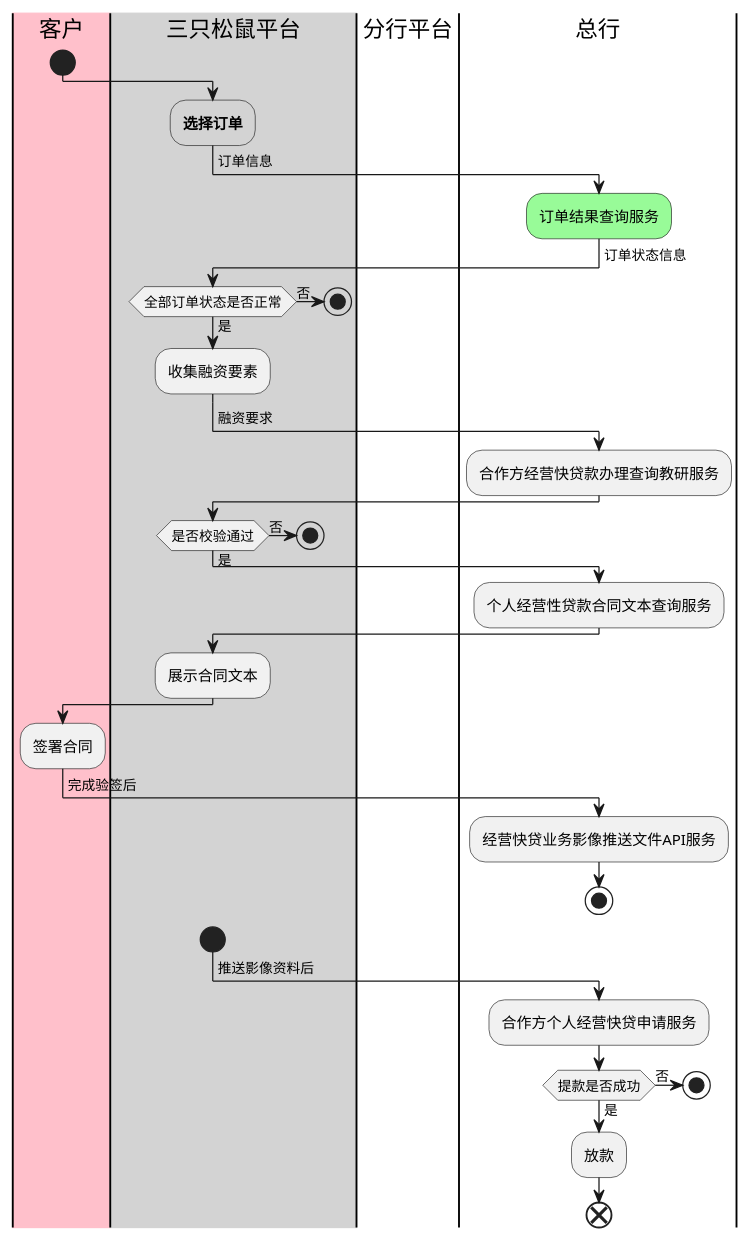
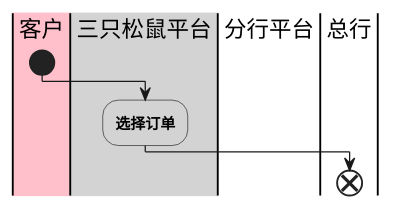
Before and after one commit to zhaoshg/javatest: the diagram in plantuml/Swimlanes.puml, drawn with PlantUML. The commit also changed 1 other file, not shown here.

```diff
--- a/plantuml/Swimlanes.puml
+++ b/plantuml/Swimlanes.puml
@@ -1,61 +1,61 @@
 @startuml
 |#pink|客户|
 start
 
 |#lightgray|三只松鼠平台|
 #lightgray:**选择订单**;
 
 |分行平台|
 
 |总行|
--> 订单信息;
- #palegreen:订单结果查询服务;
-
-|三只松鼠平台|
--> 订单状态信息;
-if(全部订单状态是否正常) then (否)
-    stop
-else (是)
-    :收集融资要素;
-endif
-
-
-|总行|
--> 融资要求;
-:合作方经营快贷款办理查询教研服务;
-
-
-|三只松鼠平台|
-if(是否校验通过) then (否)
-    stop;
-else (是)
-
-|总行|
-:个人经营性贷款合同文本查询服务;
-endif
-
-|三只松鼠平台|
-:展示合同文本;
-
-|客户|
-:签署合同;
-
-|总行|
--> 完成验签后;
-:经营快贷业务影像推送文件API服务;
-stop
-
-|三只松鼠平台|
-start
-
-|总行|
--> 推送影像资料后;
-:合作方个人经营快贷申请服务;
-if(提款是否成功) then (是)
-    :放款;
-else (否)
-    stop
-endif;
+'-> 订单信息;
+' #palegreen:订单结果查询服务;
+'
+'|三只松鼠平台|
+'-> 订单状态信息;
+'if(全部订单状态是否正常) then (否)
+'    stop
+'else (是)
+'    :收集融资要素;
+'endif
+'
+'
+'|总行|
+'-> 融资要求;
+':合作方经营快贷款办理查询教研服务;
+'
+'
+'|三只松鼠平台|
+'if(是否校验通过) then (否)
+'    stop;
+'else (是)
+'
+'|总行|
+':个人经营性贷款合同文本查询服务;
+'endif
+'
+'|三只松鼠平台|
+':展示合同文本;
+'
+'|客户|
+':签署合同;
+'
+'|总行|
+'-> 完成验签后;
+':经营快贷业务影像推送文件API服务;
+'stop
+'
+'|三只松鼠平台|
+'start
+'
+'|总行|
+'-> 推送影像资料后;
+':合作方个人经营快贷申请服务;
+'if(提款是否成功) then (是)
+'    :放款;
+'else (否)
+'    stop
+'endif;
 end;
 
 @enduml
```
